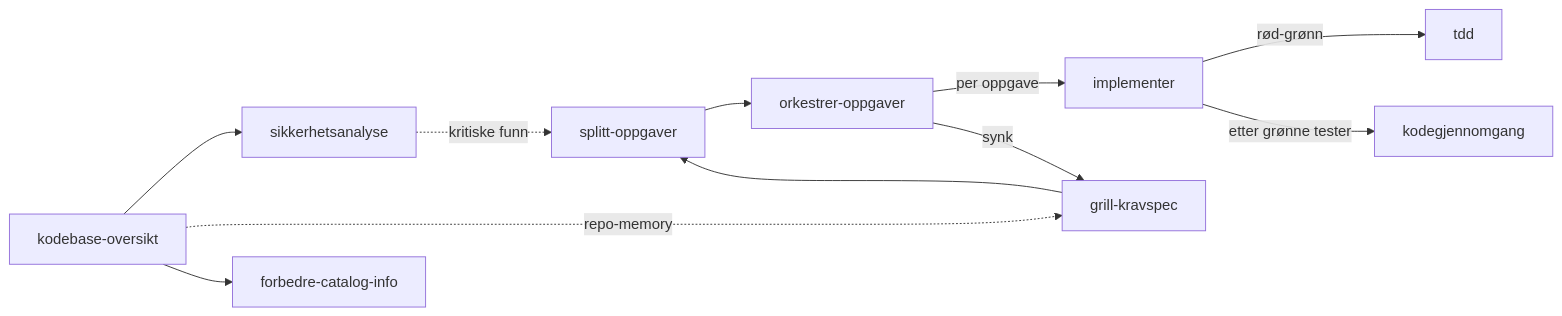
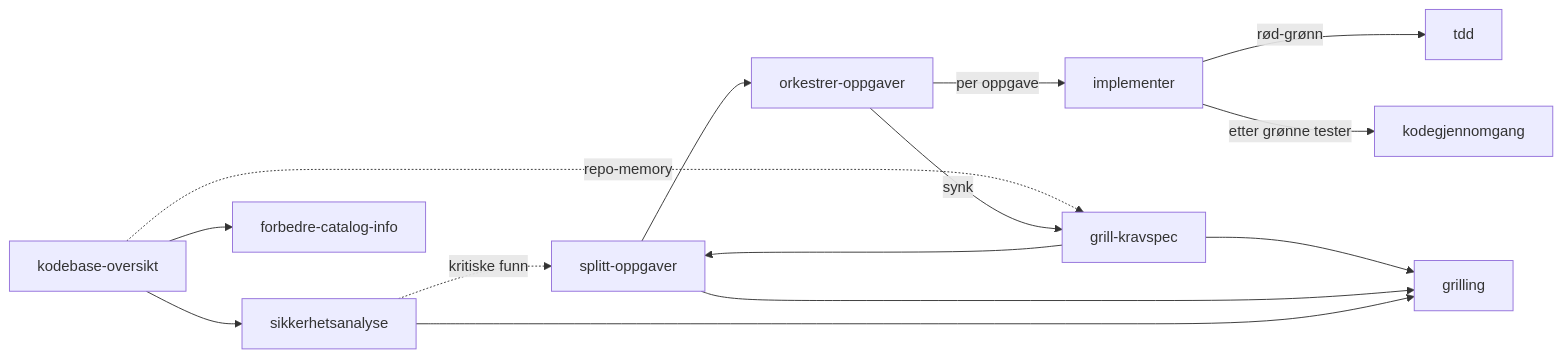
The diagram in README.md (erikediner/skills), drawn with Mermaid before and after one commit. The commit also changed other lines of this file and 5 other files, not shown here.

````diff
--- a/README.md
+++ b/README.md
@@ -59,13 +60,16 @@
 ```mermaid
 flowchart LR
     KO[kodebase-oversikt] --> SA[sikkerhetsanalyse]
     KO -.->|repo-memory| GK
     SA -.->|kritiske funn| SP
     KO --> FCI[forbedre-catalog-info]
     GK[grill-kravspec] --> SP[splitt-oppgaver]
     SP --> OO[orkestrer-oppgaver]
     OO -->|per oppgave| IMP[implementer]
     IMP -->|rød-grønn| TDD[tdd]
     IMP -->|etter grønne tester| KG[kodegjennomgang]
     OO -->|synk| GK
+    GK --> GR[grilling]
+    SP --> GR
+    SA --> GR
 ```
````
